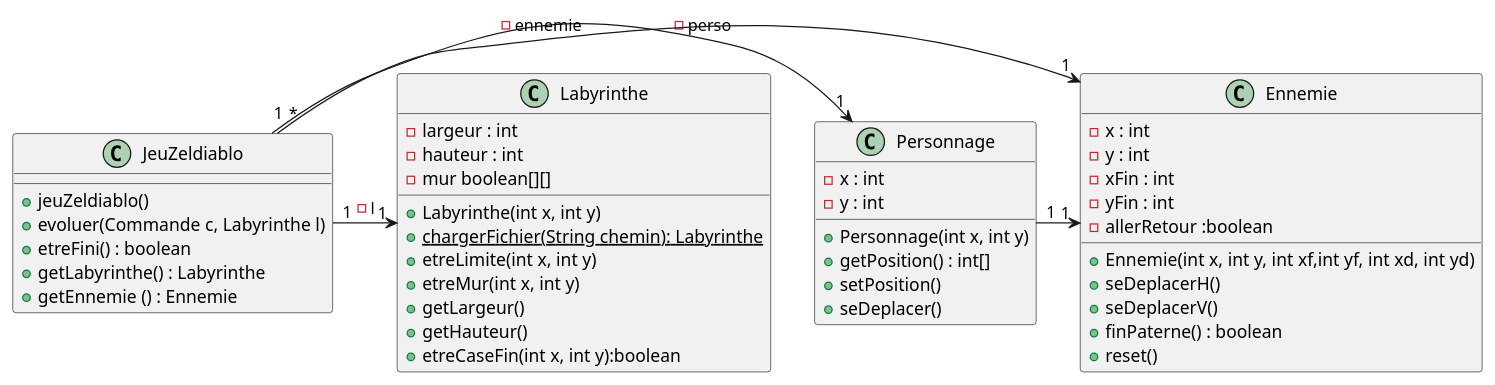
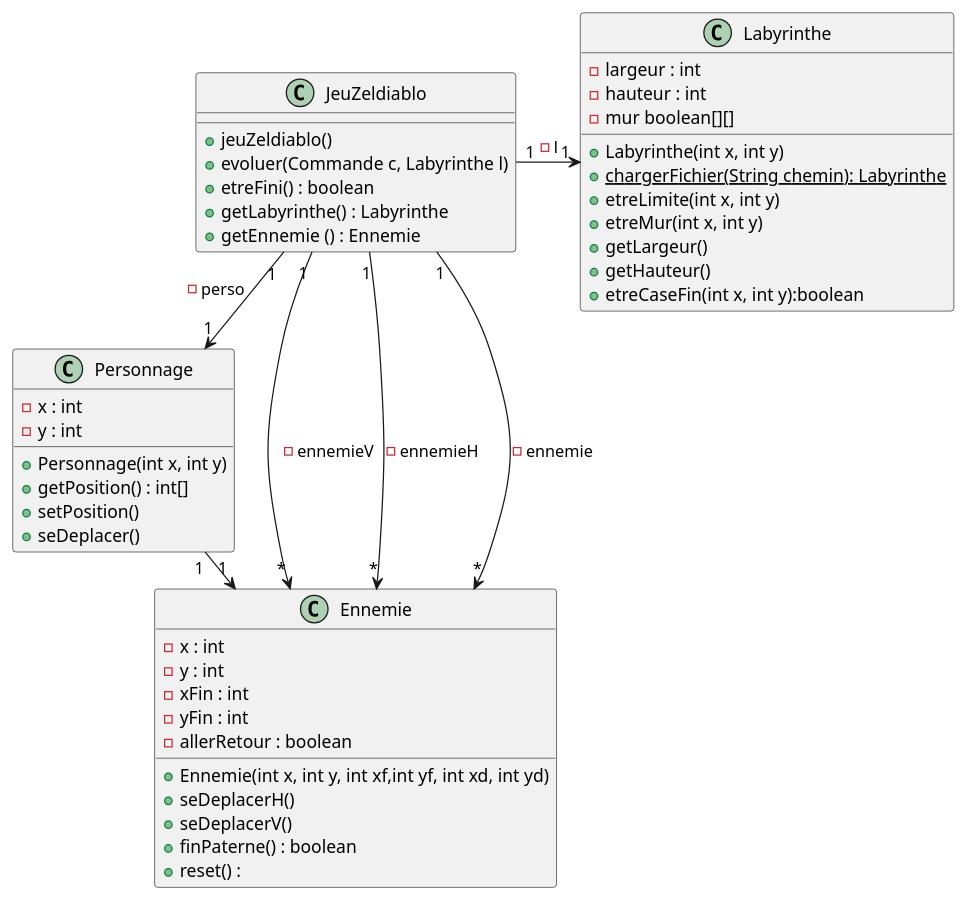
The diagram in documents/version_3/DiagrammeDeClasse_V3.puml (D-Lilian09/2026_COO_Zeldiablo_DU-HE-MA-PA), drawn with PlantUML before and after one commit. The commit also changed 1 other file, not shown here.

Commit message:
modification des diagrammes de classes

```diff
--- a/documents/version_3/DiagrammeDeClasse_V3.puml
+++ b/documents/version_3/DiagrammeDeClasse_V3.puml
@@ -1,57 +1,59 @@
 @startuml
 
 class Personnage{
 
     - x : int
     - y : int
 
     + Personnage(int x, int y)
     + getPosition() : int[]
     + setPosition()
     + seDeplacer()
 }
 
 class Labyrinthe {
     - largeur : int
     - hauteur : int
     - mur boolean[][]
 
     + Labyrinthe(int x, int y)
     {static} + chargerFichier(String chemin): Labyrinthe
     + etreLimite(int x, int y)
     + etreMur(int x, int y)
     + getLargeur()
     + getHauteur()
     + etreCaseFin(int x, int y):boolean
 }
 class JeuZeldiablo{
 
     + jeuZeldiablo()
     + evoluer(Commande c, Labyrinthe l)
     + etreFini() : boolean
     + getLabyrinthe() : Labyrinthe
     + getEnnemie () : Ennemie
 }
 
 class Ennemie{
     - x : int
     - y : int
     - xFin : int
     - yFin : int
-    - allerRetour :boolean
+    - allerRetour : boolean
+
 
     + Ennemie(int x, int y, int xf,int yf, int xd, int yd)
     + seDeplacerH()
     + seDeplacerV()
     + finPaterne() : boolean
-    + reset()
+    + reset() :
 
 }
 
-
+JeuZeldiablo"1" --> "*" Ennemie : - ennemieV
+JeuZeldiablo"1" --> "*" Ennemie : - ennemieH
 JeuZeldiablo"1" -> "1" Personnage : - perso
-JeuZeldiablo"*" -> "1" Ennemie : - ennemie
+JeuZeldiablo"1" --> "*" Ennemie : - ennemie
 JeuZeldiablo"1" -> "1" Labyrinthe : - l
 Personnage"1 " ->  "1" Ennemie
 
 @enduml
```
